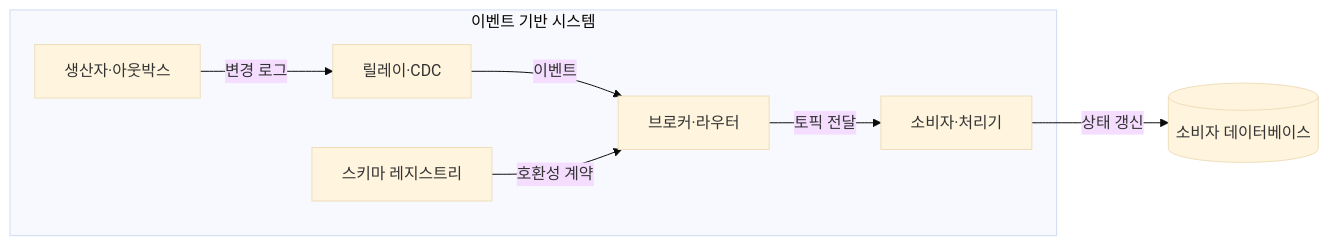
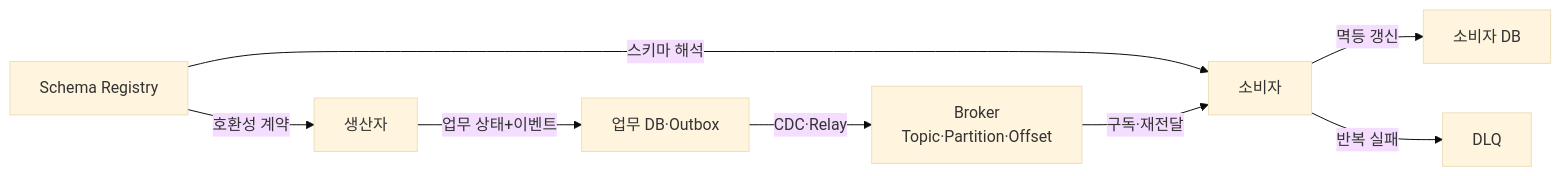
The first of 2 diagrams in src/content/docs/notes/03-software/175_event_driven_architecture.md (agnusdei1207/knowledge-base), drawn with Mermaid (base theme) before and after one commit. The commit also changed other lines of this file and 20 other files, not shown here.

````diff
--- a/src/content/docs/notes/03-software/175_event_driven_architecture.md
+++ b/src/content/docs/notes/03-software/175_event_driven_architecture.md
@@ -61,15 +61,10 @@
 ```mermaid
 flowchart LR
-    subgraph EDA[이벤트 기반 시스템]
-        P[생산자·아웃박스]
-        R[릴레이·CDC]
-        B[브로커·라우터]
-        S[스키마 레지스트리]
-        C[소비자·처리기]
-        P -->|변경 로그| R
-        R -->|이벤트| B
-        S -->|호환성 계약| B
-        B -->|토픽 전달| C
-    end
-    C -->|상태 갱신| D[(소비자 데이터베이스)]
+    P["생산자"] -->|"업무 상태+이벤트"| O["업무 DB·Outbox"]
+    O -->|"CDC·Relay"| B["Broker<br/>Topic·Partition·Offset"]
+    S["Schema Registry"] -->|"호환성 계약"| P
+    S -->|"스키마 해석"| C["소비자"]
+    B -->|"구독·재전달"| C
+    C -->|"멱등 갱신"| D["소비자 DB"]
+    C -->|"반복 실패"| Q["DLQ"]
 ```
````
